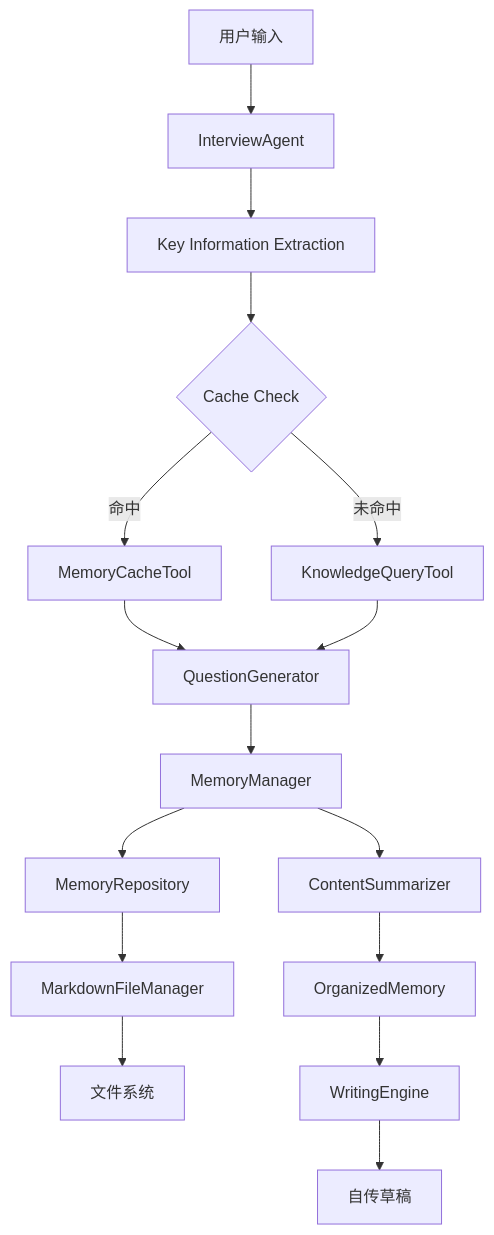
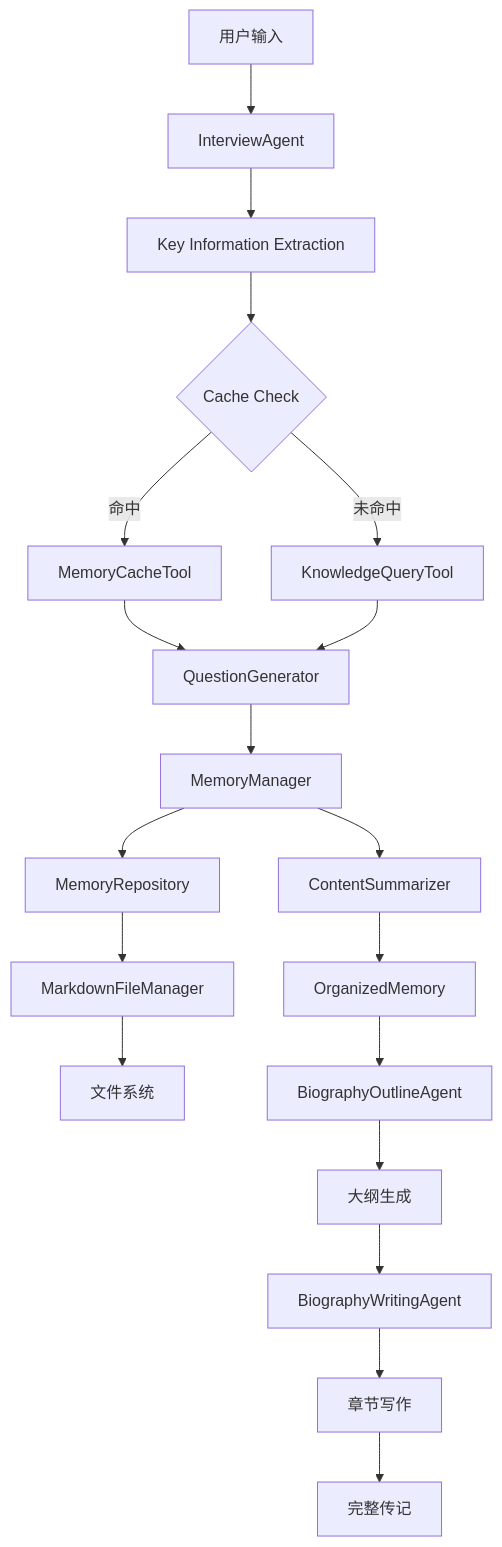
Before and after one commit to WangYiKai1017/zizuan: diagram 14 of 14 in .qoder/repowiki/zh/content/自传生成系统.md, drawn with Mermaid. The commit also changed other lines of this file and 99 other files, not shown here.

````diff
--- a/.qoder/repowiki/zh/content/自传生成系统.md
+++ b/.qoder/repowiki/zh/content/自传生成系统.md
@@ -444,18 +675,21 @@
 ```mermaid
 flowchart TD
 A[用户输入] --> B[InterviewAgent]
 B --> C[Key Information Extraction]
 C --> D{Cache Check}
 D --> |命中| E[MemoryCacheTool]
 D --> |未命中| F[KnowledgeQueryTool]
 E --> G[QuestionGenerator]
 F --> G
 G --> H[MemoryManager]
 H --> I[MemoryRepository]
 I --> J[MarkdownFileManager]
 J --> K[文件系统]
 H --> L[ContentSummarizer]
 L --> M[OrganizedMemory]
-M --> N[WritingEngine]
-N --> O[自传草稿]
+M --> N[BiographyOutlineAgent]
+N --> O[大纲生成]
+O --> P[BiographyWritingAgent]
+P --> Q[章节写作]
+Q --> R[完整传记]
 ```
````
